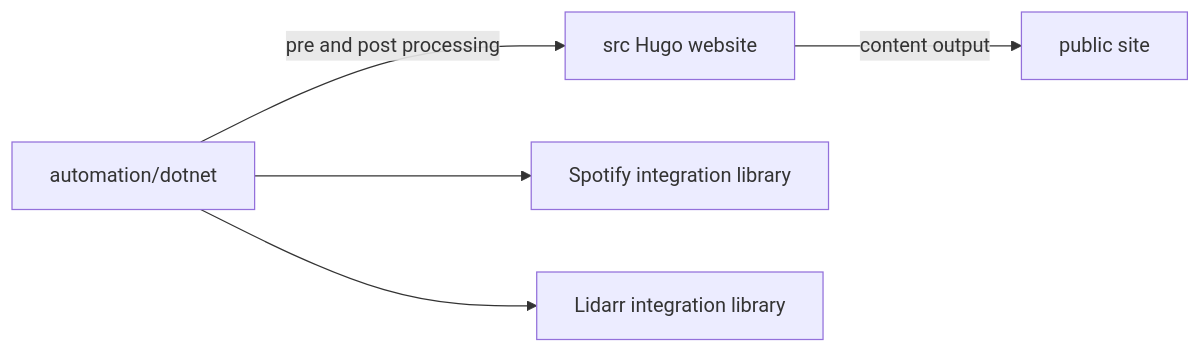
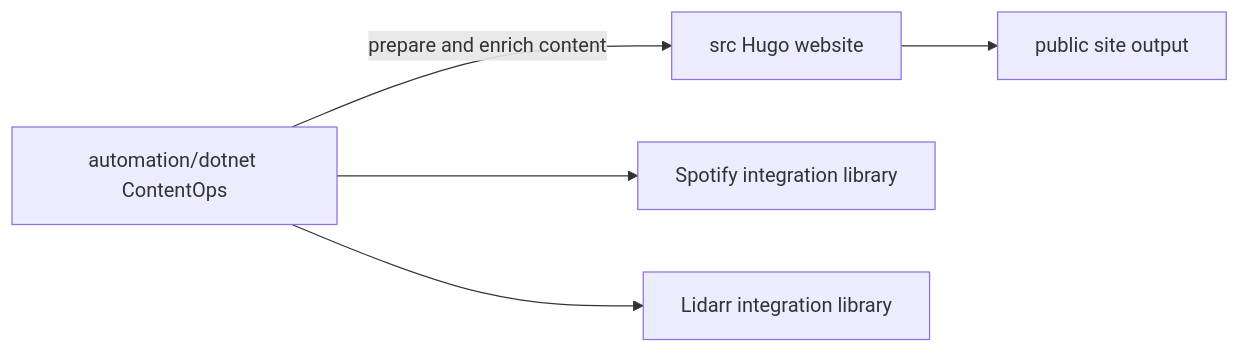
Before and after one commit to colin-gourlay/sundown-sessions: the first of 2 diagrams in README.md, drawn with Mermaid. The commit also changed other lines of this file and 1 other file, not shown here.

Commit message:
docs: rewrite README with architecture, setup, screenshots, and roadmap

````diff
--- a/README.md
+++ b/README.md
@@ -80,7 +29,7 @@
 ```mermaid
 flowchart LR
-  A[src Hugo website] -->|content output| B[public site]
-  C[automation/dotnet] -->|pre and post processing| A
-  C --> D[Spotify integration library]
-  C --> E[Lidarr integration library]
+  A[automation/dotnet ContentOps] -->|prepare and enrich content| B[src Hugo website]
+  B --> C[public site output]
+  A --> D[Spotify integration library]
+  A --> E[Lidarr integration library]
 ```
````
